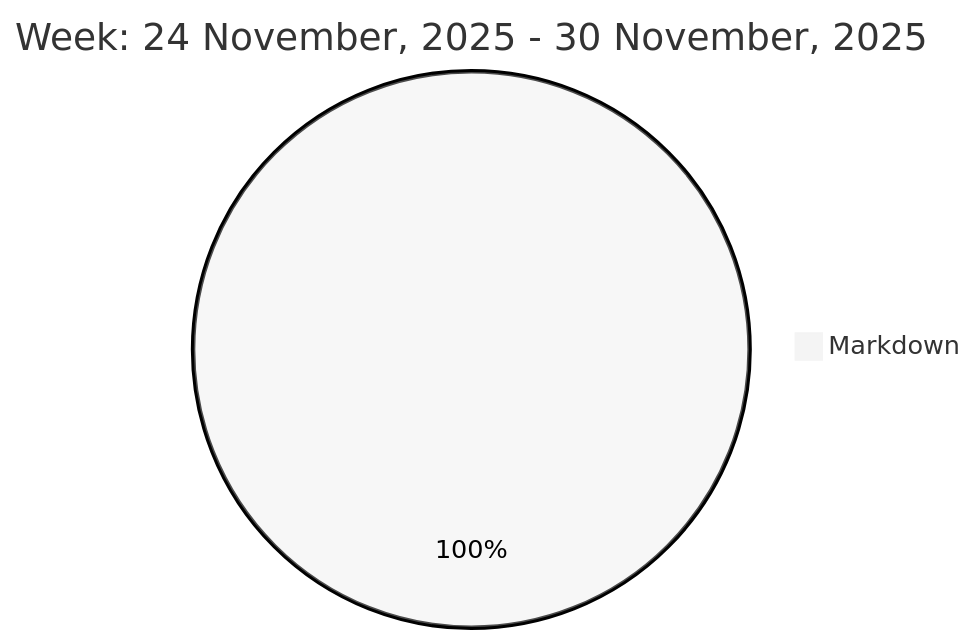
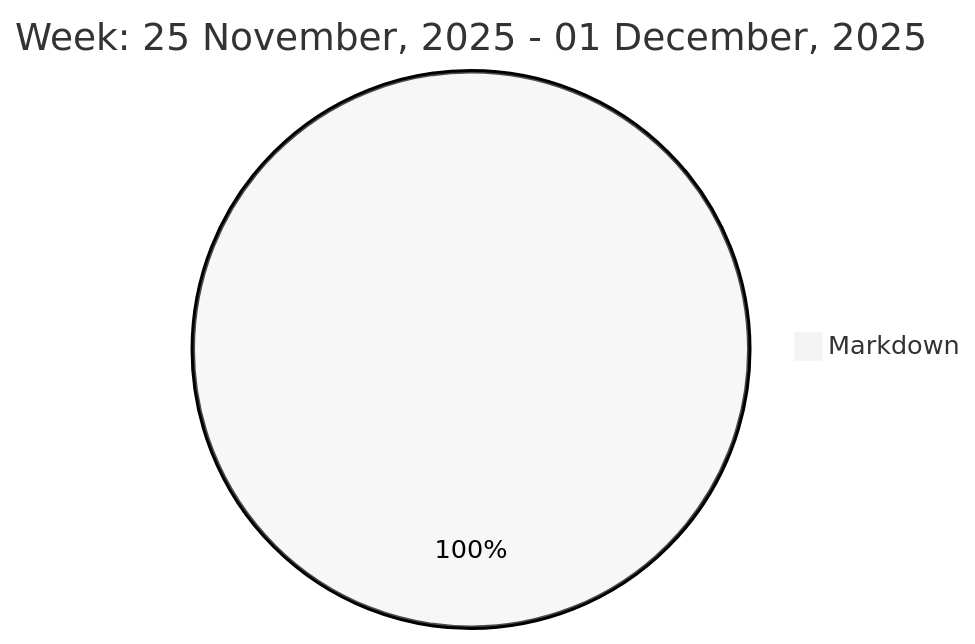
Before and after one commit to liubin95/liubin95: the diagram in README.md, drawn with Mermaid (neutral theme).

Commit message:
Updated the Graph with new Metrics

````diff
--- a/README.md
+++ b/README.md
@@ -37,5 +37,5 @@
 ```mermaid
  pie
-title Week: 24 November, 2025 - 30 November, 2025
+title Week: 25 November, 2025 - 01 December, 2025
  "Markdown" : 1.52
 ```
````
